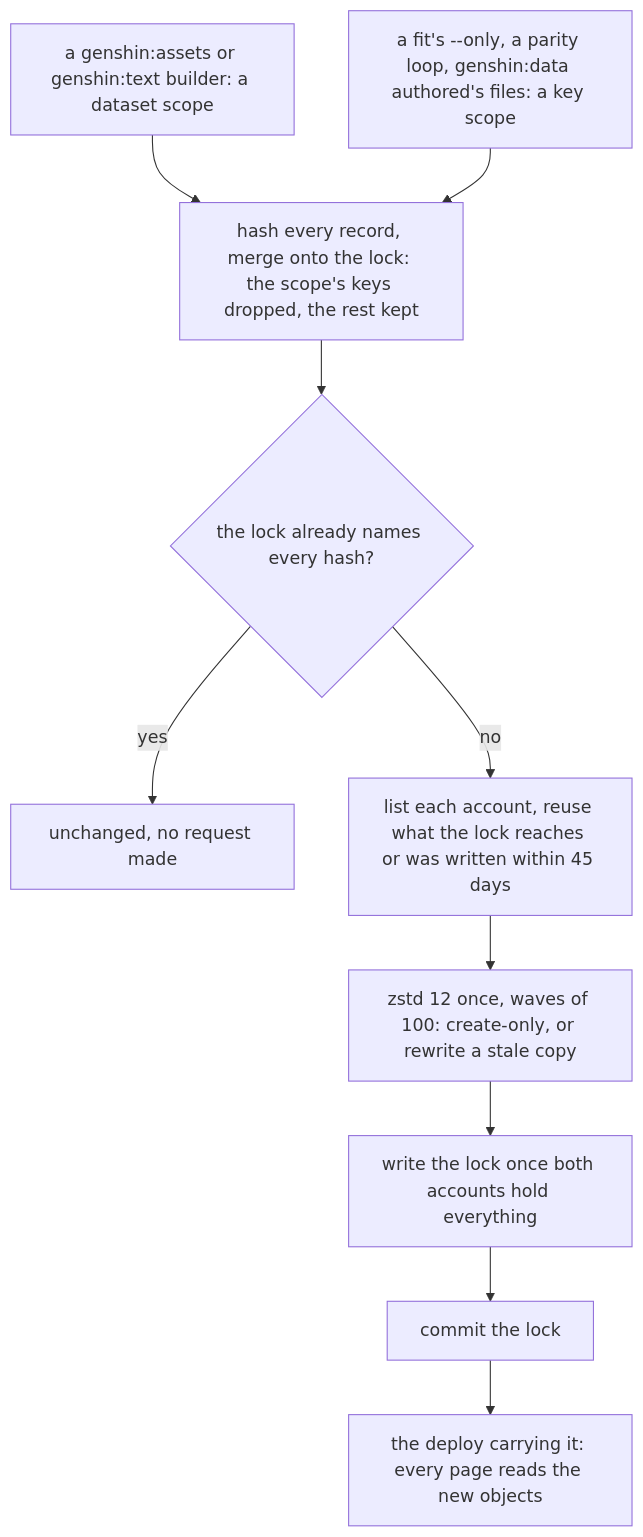
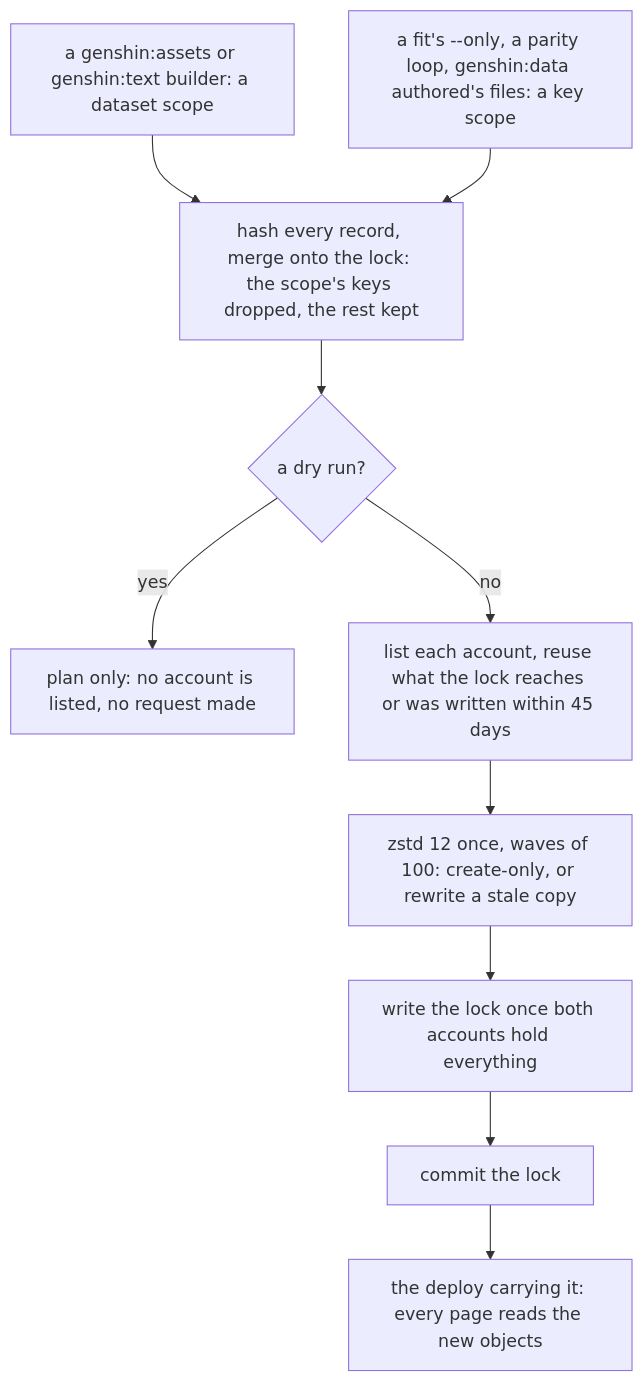
One commit to Esposter/Esposter changed the third of 5 diagrams in openspec/specs/genshin/hosted-game-data/design.md. Above: the diagram before and after it, drawn with Mermaid. The commit also changed other lines of this file and 2 other files, not shown here.

Commit message:
fix(genshin:data): a real publish checks each account, not the lock, before it stores
A publish skipped every object when the lock already named the publication, so an account that had lost a blob the lock still named was never repaired. A real publish now always lists each account and stores only the blobs it lacks, which is the check the per-blob store already makes. Only a dry run skips on the lock, and it makes no request.

The spec's publish-skip sentence and diagram describe the same rule, and the two new tests fail on the previous publish.

Claude-Session: https://claude.ai/code/session_0145sUFmCoHiiEhi2nyGsKZq

````diff
--- a/openspec/specs/genshin/hosted-game-data/design.md
+++ b/openspec/specs/genshin/hosted-game-data/design.md
@@ -150,12 +150,12 @@
 ```mermaid
 flowchart TD
   Dataset["a genshin:assets or genshin:text builder: a dataset scope"] --> Plan
   Key["a fit's --only, a parity loop, genshin:data authored's files: a key scope"] --> Plan
-  Plan["hash every record, merge onto the lock: the scope's keys dropped, the rest kept"] --> Same{"the lock already names every hash?"}
-  Same -->|yes| Skip["unchanged, no request made"]
-  Same -->|no| Reach["list each account, reuse what the lock reaches or was written within 45 days"]
+  Plan["hash every record, merge onto the lock: the scope's keys dropped, the rest kept"] --> Dry{"a dry run?"}
+  Dry -->|yes| Skip["plan only: no account is listed, no request made"]
+  Dry -->|no| Reach["list each account, reuse what the lock reaches or was written within 45 days"]
   Reach --> Upload["zstd 12 once, waves of 100: create-only, or rewrite a stale copy"]
   Upload --> Write["write the lock once both accounts hold everything"]
   Write --> Commit["commit the lock"]
   Commit --> Deploy["the deploy carrying it: every page reads the new objects"]
 ```
````
